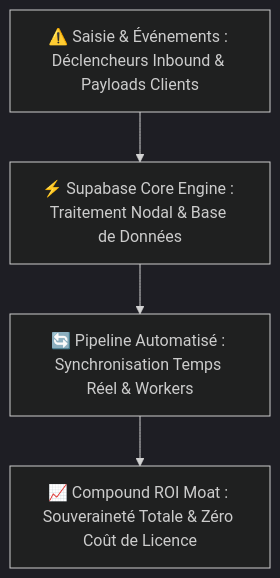
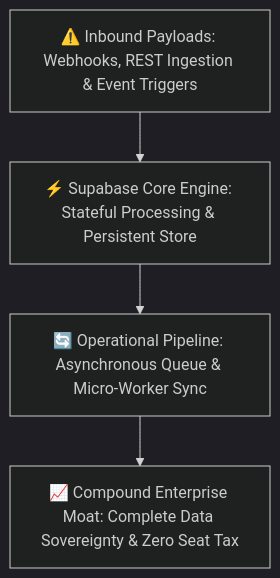
Before and after one commit to heliatech-media/saas-radar: the diagram in site/src/content/repos/supabase.md, drawn with Mermaid (dark theme). The commit also changed other lines of this file and 11 other files, not shown here.

````diff
--- a/site/src/content/repos/supabase.md
+++ b/site/src/content/repos/supabase.md
@@ -38,6 +38,6 @@
 ```mermaid
 flowchart TD
-    Inp["⚠️ Saisie & Événements : Déclencheurs Inbound & Payloads Clients"] --> Eng["⚡ Supabase Core Engine : Traitement Nodal & Base de Données"]
-    Eng --> Pipe["🔄 Pipeline Automatisé : Synchronisation Temps Réel & Workers"]
-    Pipe --> Moat["📈 Compound ROI Moat : Souveraineté Totale & Zéro Coût de Licence"]
+    Inp["⚠️ Inbound Payloads: Webhooks, REST Ingestion & Event Triggers"] --> Eng["⚡ Supabase Core Engine: Stateful Processing & Persistent Store"]
+    Eng --> Pipe["🔄 Operational Pipeline: Asynchronous Queue & Micro-Worker Sync"]
+    Pipe --> Moat["📈 Compound Enterprise Moat: Complete Data Sovereignty & Zero Seat Tax"]
 ```
````
